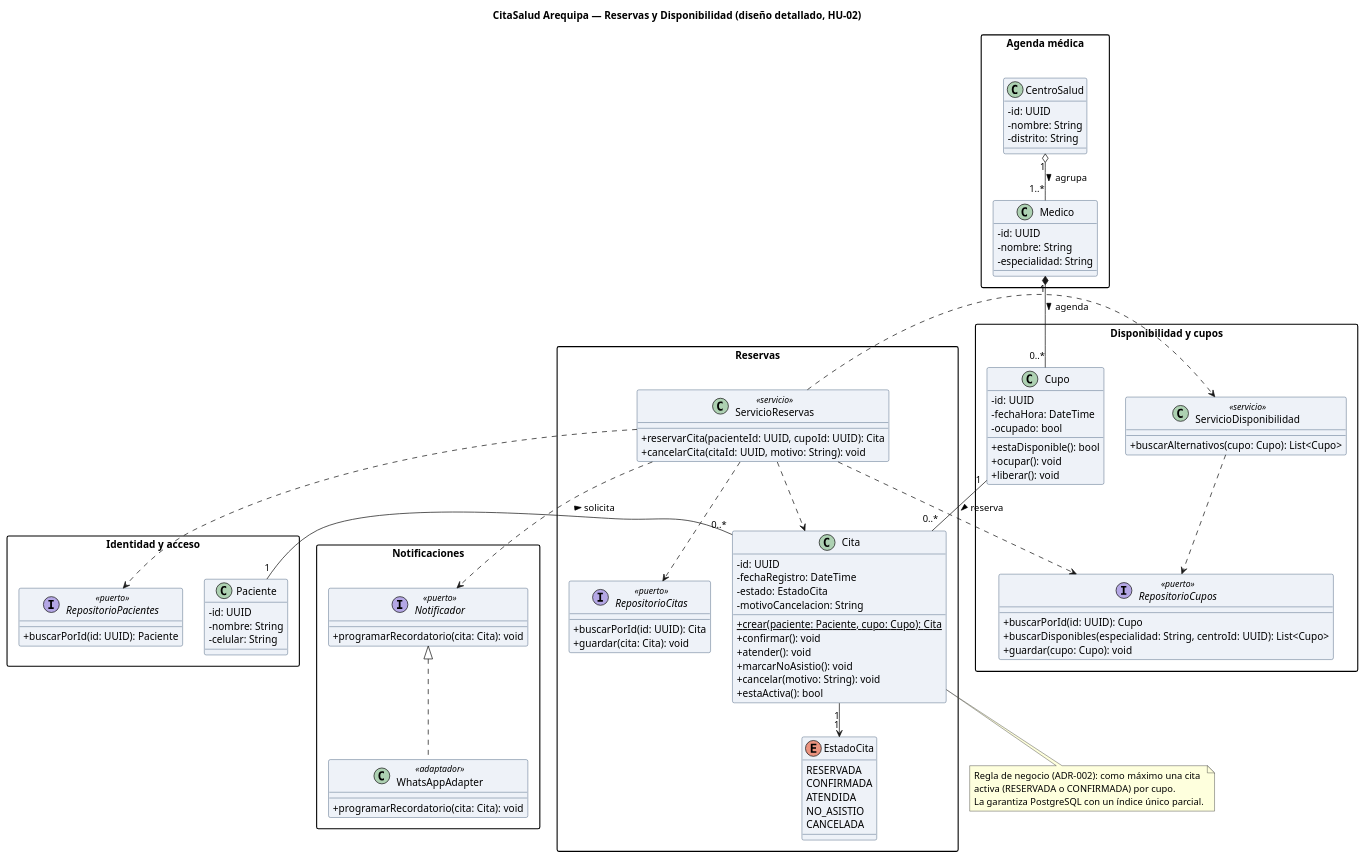
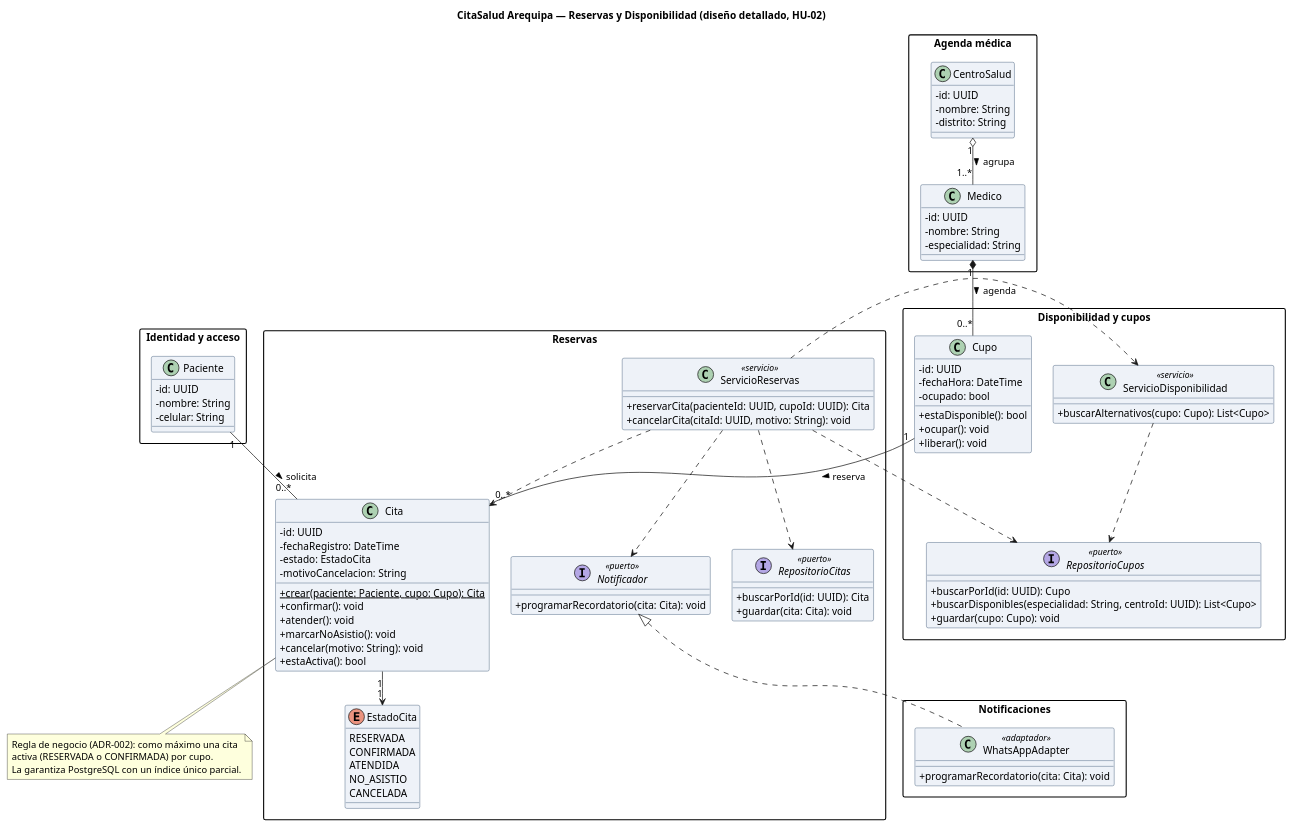
Before and after one commit to ChristianAlexYana/cs-2026b-lab04-grupo4: the diagram in docs/design/clases.puml, drawn with PlantUML. The commit also changed 4 other files, not shown here.

```diff
--- a/docs/design/clases.puml
+++ b/docs/design/clases.puml
@@ -1,119 +1,116 @@
 @startuml clases-reservas
 skinparam classAttributeIconSize 0
 skinparam shadowing false
 skinparam defaultFontName Arial
 skinparam classBackgroundColor #EEF2F8
 skinparam classBorderColor #1A3A5C
 skinparam packageStyle rectangle
 skinparam nodesep 30
 skinparam ranksep 45
 title CitaSalud Arequipa — Reservas y Disponibilidad (diseño detallado, HU-02)
 
 ' Paquetes = módulos del ADR-001 (ver paquetes.puml)
 package "Identidad y acceso" {
   class Paciente {
     - id: UUID
     - nombre: String
     - celular: String
-  }
-  interface RepositorioPacientes <<puerto>> {
-    + buscarPorId(id: UUID): Paciente
   }
 }
 
 package "Agenda médica" {
   class CentroSalud {
     - id: UUID
     - nombre: String
     - distrito: String
   }
   class Medico {
     - id: UUID
     - nombre: String
     - especialidad: String
   }
 }
 
 package "Disponibilidad y cupos" {
   class Cupo {
     - id: UUID
     - fechaHora: DateTime
     - ocupado: bool
     + estaDisponible(): bool
     + ocupar(): void
     + liberar(): void
   }
   class ServicioDisponibilidad <<servicio>> {
     + buscarAlternativos(cupo: Cupo): List<Cupo>
   }
   interface RepositorioCupos <<puerto>> {
     + buscarPorId(id: UUID): Cupo
     + buscarDisponibles(especialidad: String, centroId: UUID): List<Cupo>
     + guardar(cupo: Cupo): void
   }
 }
 
 package "Reservas" {
   enum EstadoCita {
     RESERVADA
     CONFIRMADA
     ATENDIDA
     NO_ASISTIO
     CANCELADA
   }
   class Cita {
     - id: UUID
     - fechaRegistro: DateTime
     - estado: EstadoCita
     - motivoCancelacion: String
     + {static} crear(paciente: Paciente, cupo: Cupo): Cita
     + confirmar(): void
     + atender(): void
     + marcarNoAsistio(): void
     + cancelar(motivo: String): void
     + estaActiva(): bool
   }
   class ServicioReservas <<servicio>> {
     + reservarCita(pacienteId: UUID, cupoId: UUID): Cita
     + cancelarCita(citaId: UUID, motivo: String): void
   }
   interface RepositorioCitas <<puerto>> {
     + buscarPorId(id: UUID): Cita
     + guardar(cita: Cita): void
   }
+  ' ADR-005: el puerto vive en Reservas (quien lo consume lo define)
+  interface Notificador <<puerto>> {
+    + programarRecordatorio(cita: Cita): void
+  }
 }
 
 package "Notificaciones" {
-  interface Notificador <<puerto>> {
-    + programarRecordatorio(cita: Cita): void
-  }
   class WhatsAppAdapter <<adaptador>> {
     + programarRecordatorio(cita: Cita): void
   }
 }
 
 ' --- Relaciones estructurales (multiplicidad en ambos extremos, regla C3) ---
 Paciente "1" -- "0..*" Cita : solicita >
 Cupo "1" -- "0..*" Cita : reserva >
 CentroSalud "1" o-- "1..*" Medico : agrupa >
 Medico "1" *-- "0..*" Cupo : agenda >
 Cita "1" --> "1" EstadoCita
 
 ' --- Realización de puertos (ADR-001: puertos y adaptadores) ---
 Notificador <|.. WhatsAppAdapter
 
 ' --- Dependencias de los servicios de aplicación ---
 ServicioReservas ..> Cita
 ServicioReservas ..> RepositorioCitas
 ServicioReservas ..> RepositorioCupos
 ServicioReservas ..> Notificador
 ServicioReservas ..> ServicioDisponibilidad
 ServicioDisponibilidad ..> RepositorioCupos
-ServicioReservas ..> RepositorioPacientes
 
 note bottom of Cita
   Regla de negocio (ADR-002): como máximo una cita
   activa (RESERVADA o CONFIRMADA) por cupo.
   La garantiza PostgreSQL con un índice único parcial.
 end note
 @enduml
```
